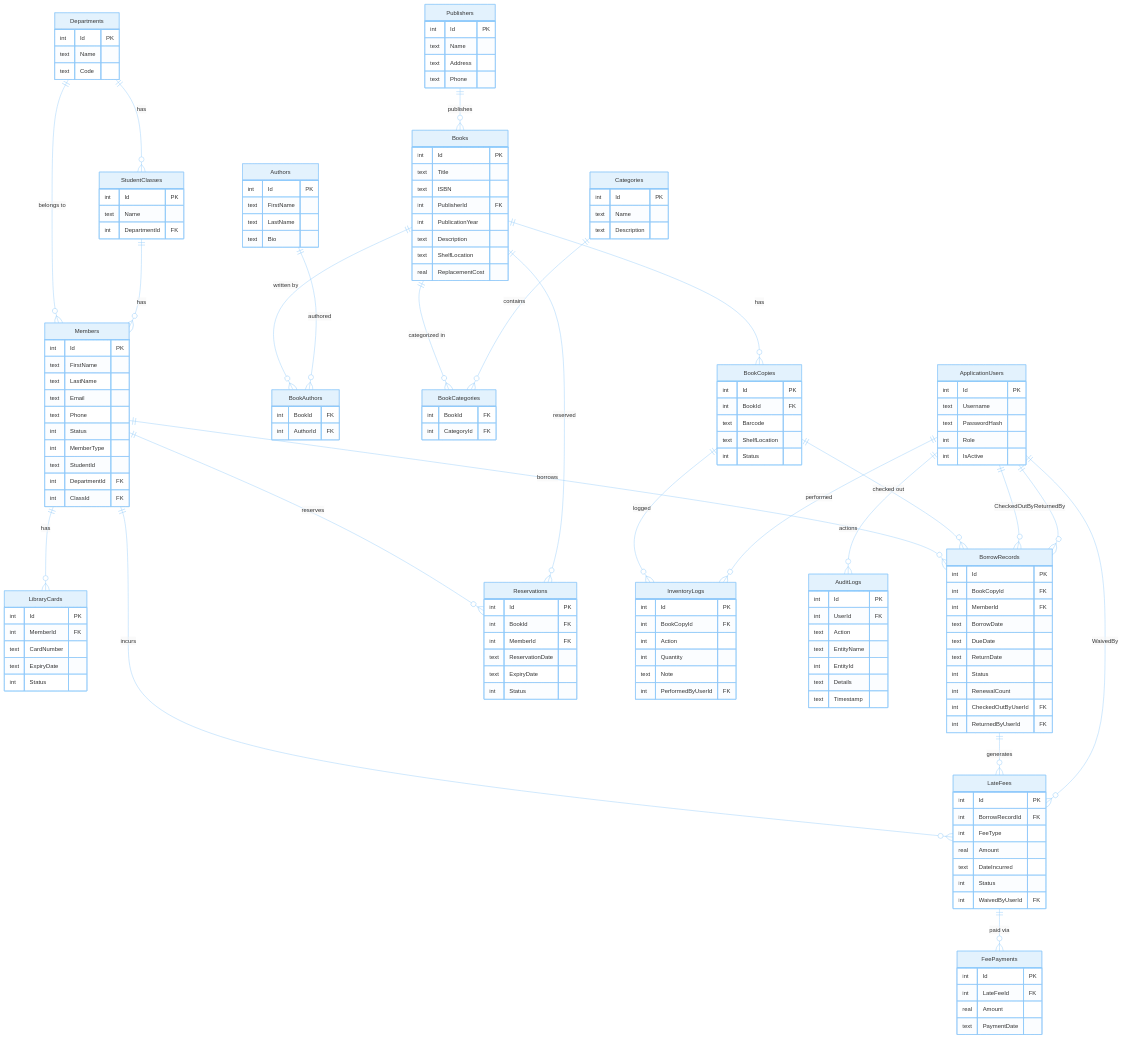
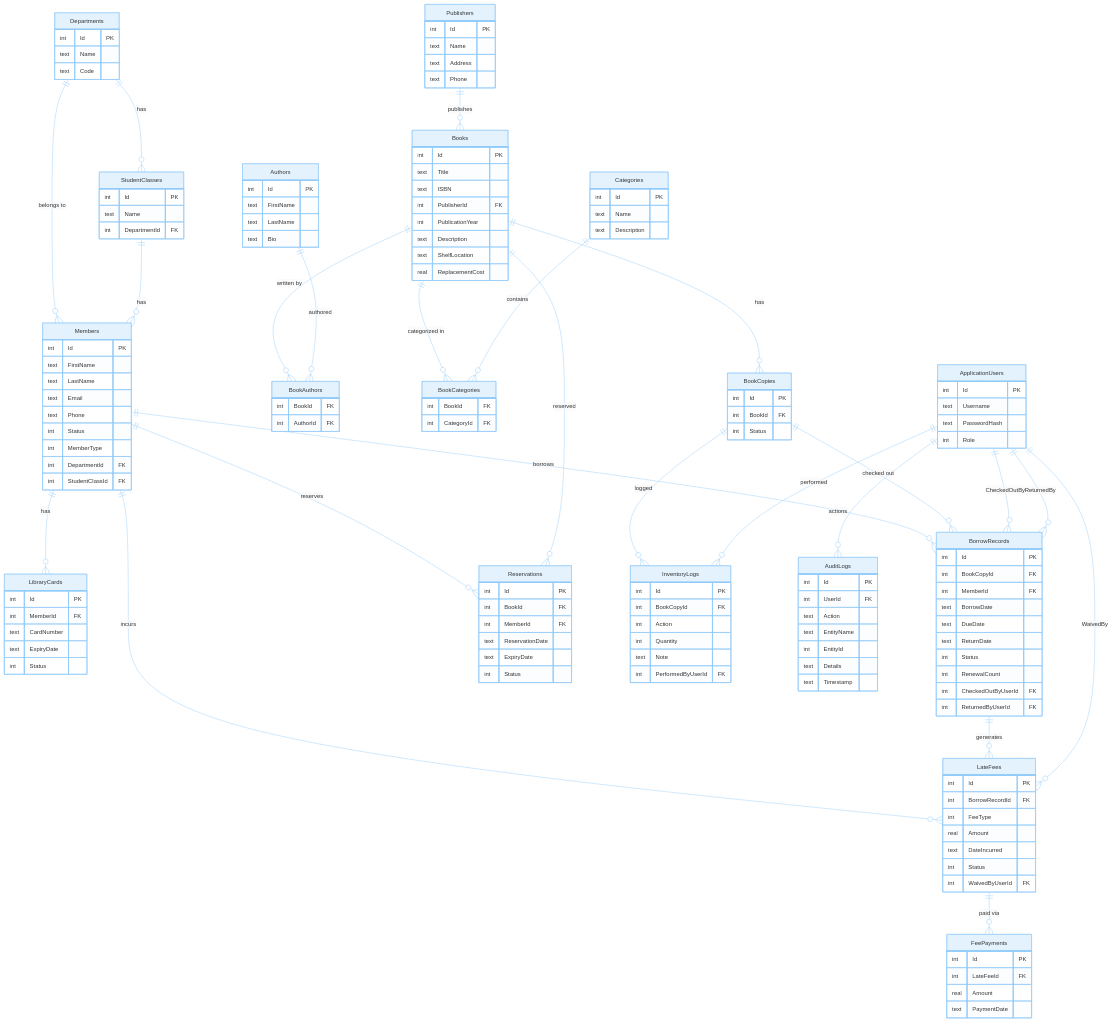
The diagram in README.md (thaiannguyen-05/lib-management), drawn with Mermaid before and after one commit. The commit also changed other lines of this file and 10 other files, not shown here.

```diff
--- a/README.md
+++ b/README.md
@@ -87,8 +86,6 @@
     BookCopies {
         int Id PK
         int BookId FK
-        text Barcode
-        text ShelfLocation
         int Status
     }
 
@@ -122,9 +119,8 @@
         text Phone
         int Status
         int MemberType
-        text StudentId
         int DepartmentId FK
-        int ClassId FK
+        int StudentClassId FK
     }
 
     LibraryCards {
@@ -140,7 +136,6 @@
         text Username
         text PasswordHash
         int Role
-        int IsActive
     }
 
     BorrowRecords {
```
